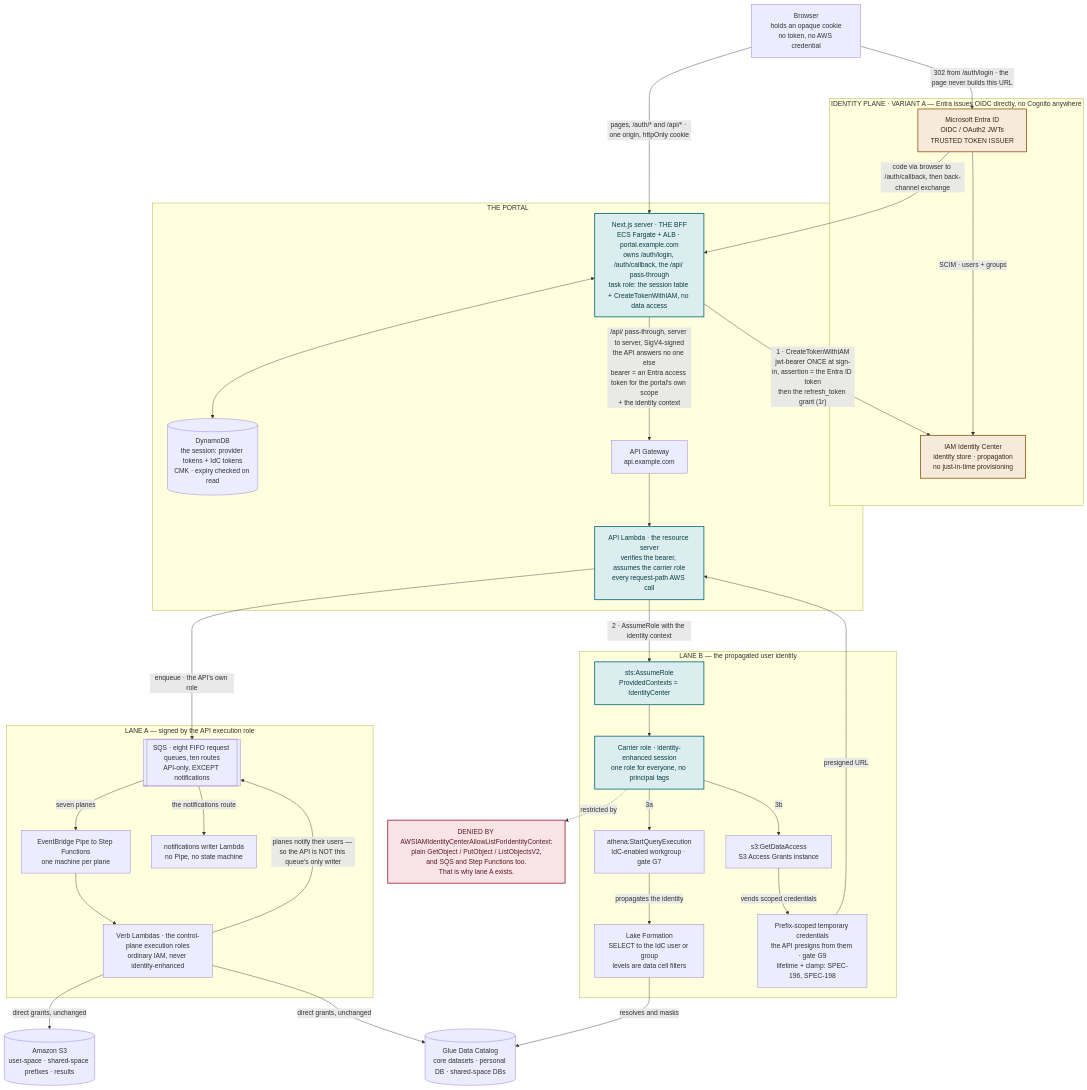
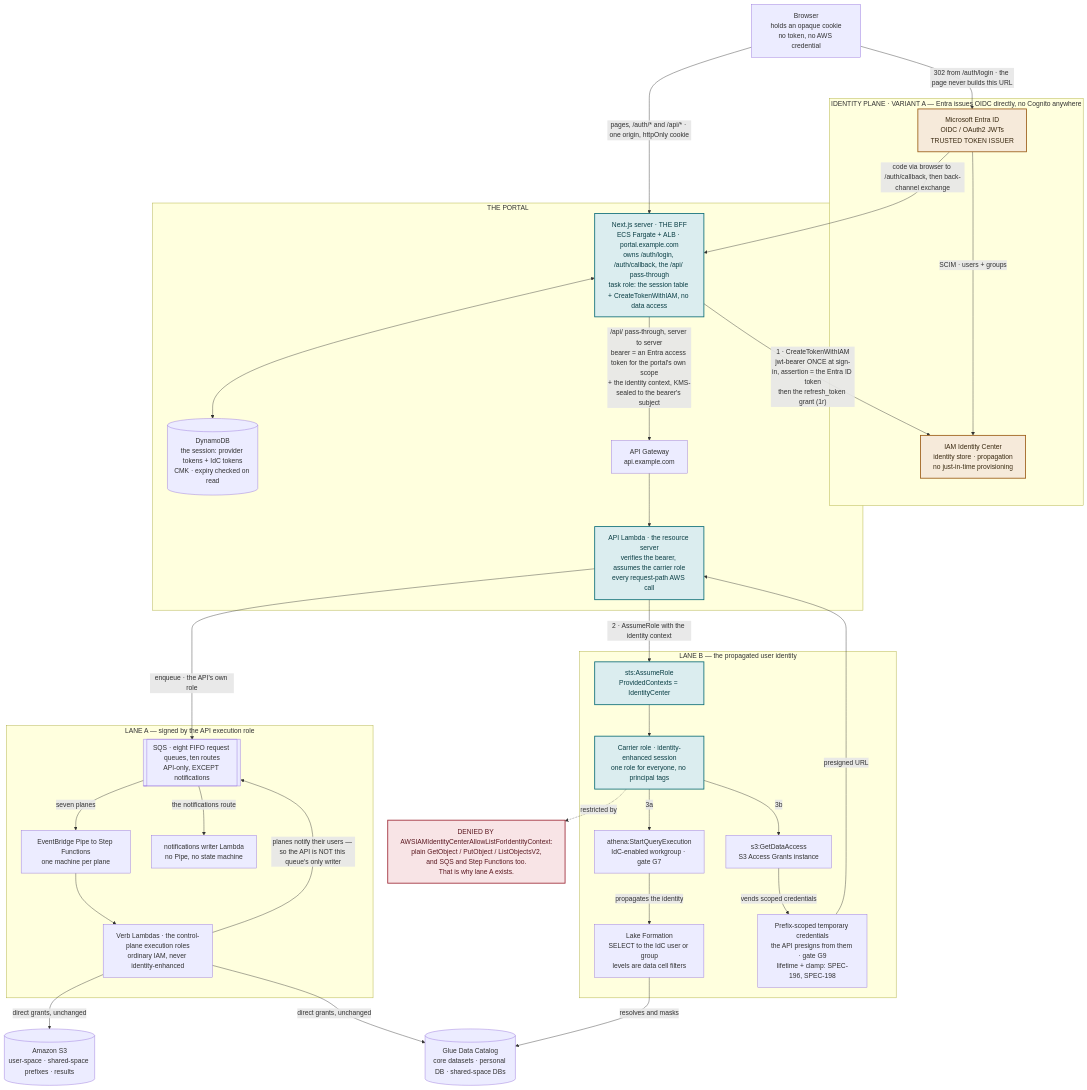
Before and after one commit to agriffi10/data-analysis-prototype: the first of 3 diagrams in docs/target-architecture-variants.md, drawn with Mermaid. The commit also changed 1 other file, not shown here.

Commit message:
Answer the design review: seal the context to its bearer, and let the API mint if G10 fails
IAM authorization on an HTTP API admits any principal in the account, so it
cannot make the API answer only the server; the server now KMS-seals the context
to the bearer's subject and only the API's role decrypts. If G10 refutes the
cross-principal premise, the API mints and the server stores, so one role makes
both calls and no data credential leaves the API. §4.7 gains the state rules a
second token family needs: Identity Center never signs a user out, a lapsed
context is not a 401, refresh only while the provider token is valid, a cache
keyed on the context, nothing to revoke at Identity Center. Phase 1 [A] gains an
eighth item, interaction_required.

````diff
--- a/docs/target-architecture-variants.md
+++ b/docs/target-architecture-variants.md
@@ -88,65 +88,65 @@
 ```mermaid
 flowchart TB
   BR["Browser<br/>holds an opaque cookie<br/>no token, no AWS credential"]
 
   subgraph IDPLANE["IDENTITY PLANE · VARIANT A — Entra issues OIDC directly, no Cognito anywhere"]
     ENTRA["Microsoft Entra ID<br/>OIDC / OAuth2 JWTs<br/>TRUSTED TOKEN ISSUER"]
     IDC["IAM Identity Center<br/>identity store · propagation<br/>no just-in-time provisioning"]
     ENTRA -->|"SCIM · users + groups"| IDC
   end
 
   subgraph PORTAL["THE PORTAL"]
     WEB["Next.js server · THE BFF<br/>ECS Fargate + ALB · portal.example.com<br/>owns /auth/login, /auth/callback, the /api/ pass-through<br/>task role: the session table + CreateTokenWithIAM, no data access"]
     DDB[("DynamoDB<br/>the session: provider tokens + IdC tokens<br/>CMK · expiry checked on read")]
     APIGW["API Gateway<br/>api.example.com"]
     API["API Lambda · the resource server<br/>verifies the bearer, assumes the carrier role<br/>every request-path AWS call"]
   end
 
   subgraph LANEA["LANE A — signed by the API execution role"]
     SQS[["SQS · eight FIFO request queues, ten routes<br/>API-only, EXCEPT notifications"]]
     PIPE["EventBridge Pipe to Step Functions<br/>one machine per plane"]
     VERBS["Verb Lambdas · the control-plane execution roles<br/>ordinary IAM, never identity-enhanced"]
     NOTIFW["notifications writer Lambda<br/>no Pipe, no state machine"]
   end
 
   subgraph LANEB["LANE B — the propagated user identity"]
     STS["sts:AssumeRole<br/>ProvidedContexts = IdentityCenter"]
     CARRIER["Carrier role · identity-enhanced session<br/>one role for everyone, no principal tags"]
     ATHENA["athena:StartQueryExecution<br/>IdC-enabled workgroup · gate G7"]
     LF["Lake Formation<br/>SELECT to the IdC user or group<br/>levels are data cell filters"]
     AG["s3:GetDataAccess<br/>S3 Access Grants instance"]
     CREDS["Prefix-scoped temporary credentials<br/>the API presigns from them · gate G9<br/>lifetime + clamp: SPEC-196, SPEC-198"]
   end
 
   DENY["DENIED BY AWSIAMIdentityCenterAllowListForIdentityContext:<br/>plain GetObject / PutObject / ListObjectsV2,<br/>and SQS and Step Functions too.<br/>That is why lane A exists."]
 
   GLUE[("Glue Data Catalog<br/>core datasets · personal DB · shared-space DBs")]
   S3[("Amazon S3<br/>user-space · shared-space prefixes · results")]
 
   BR -->|"302 from /auth/login · the page never builds this URL"| ENTRA
   ENTRA -->|"code via browser to /auth/callback, then back-channel exchange"| WEB
   BR -->|"pages, /auth/* and /api/* · one origin, httpOnly cookie"| WEB
   WEB <--> DDB
   WEB -->|"1 · CreateTokenWithIAM<br/>jwt-bearer ONCE at sign-in, assertion = the Entra ID token<br/>then the refresh_token grant (1r)"| IDC
-  WEB -->|"/api/ pass-through, server to server, SigV4-signed<br/>the API answers no one else<br/>bearer = an Entra access token for the portal's own scope<br/>+ the identity context"| APIGW
+  WEB -->|"/api/ pass-through, server to server<br/>bearer = an Entra access token for the portal's own scope<br/>+ the identity context, KMS-sealed to the bearer's subject"| APIGW
   APIGW --> API
 
   API -->|"enqueue · the API's own role"| SQS
   SQS -->|"seven planes"| PIPE --> VERBS
   SQS -->|"the notifications route"| NOTIFW
   VERBS -->|"direct grants, unchanged"| S3
   VERBS -->|"direct grants, unchanged"| GLUE
   VERBS -->|"planes notify their users — so the API is NOT this queue's only writer"| SQS
 
   API -->|"2 · AssumeRole with the identity context"| STS --> CARRIER
   CARRIER -.->|"restricted by"| DENY
   CARRIER -->|"3a"| ATHENA -->|"propagates the identity"| LF -->|"resolves and masks"| GLUE
   CARRIER -->|"3b"| AG -->|"vends scoped credentials"| CREDS -->|"presigned URL"| API
 
   classDef variant fill:#F6EADA,stroke:#9B5D18,stroke-width:2px,color:#3A2A12
   classDef session fill:#DBEDEF,stroke:#0E6E78,stroke-width:2px,color:#0B3F45
   classDef deny fill:#F8E4E6,stroke:#9E2937,stroke-width:2px,color:#5C1A22
   class ENTRA,IDC variant
   class WEB,API,STS,CARRIER session
   class DENY deny
 ```
````
